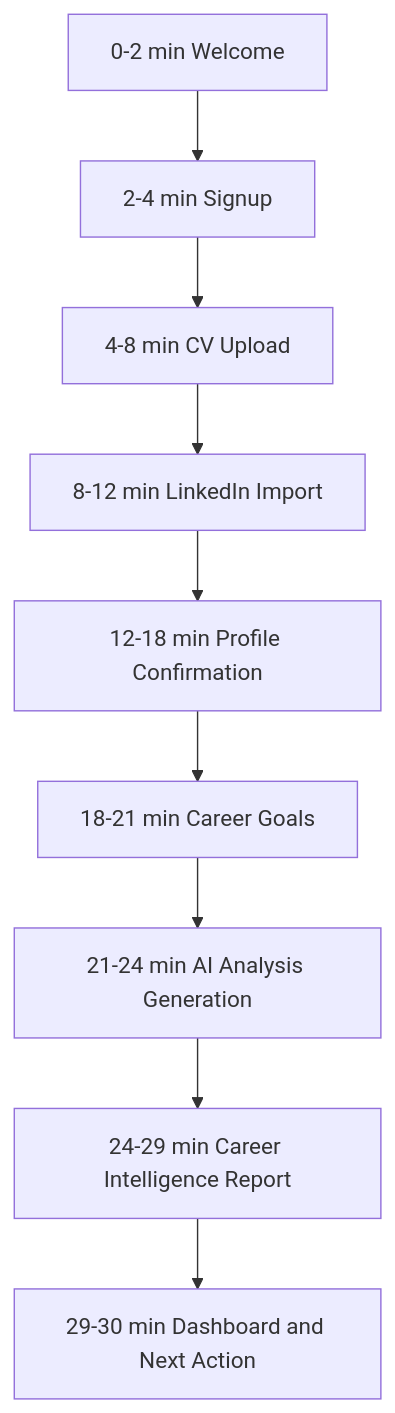
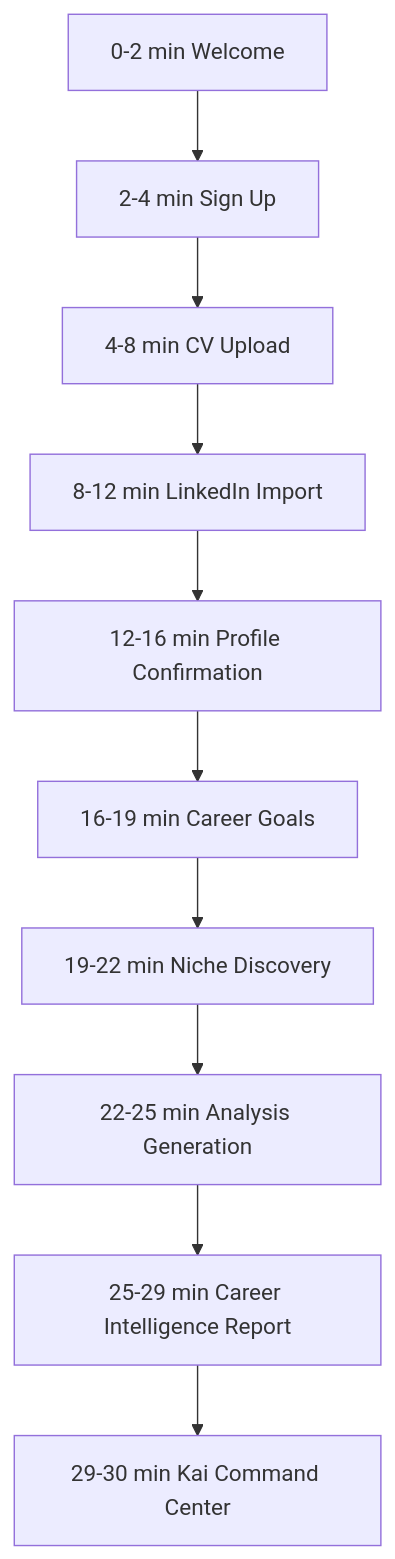
One commit to Mirzzie/Fadi changed the diagram in docs/FIRST_TIME_USER_EXPERIENCE.md. Above: the diagram before and after it, drawn with Mermaid. The commit also changed other lines of this file and 65 other files, not shown here.

First line of the commit message:
docs: update architecture docs for Better Auth, Kai, and data sources

````diff
--- a/docs/FIRST_TIME_USER_EXPERIENCE.md
+++ b/docs/FIRST_TIME_USER_EXPERIENCE.md
@@ -18,11 +18,12 @@
 ```mermaid
 flowchart TD
-    Welcome[0-2 min Welcome] --> Auth[2-4 min Signup]
+    Welcome[0-2 min Welcome] --> Auth[2-4 min Sign Up]
     Auth --> Resume[4-8 min CV Upload]
     Resume --> LinkedIn[8-12 min LinkedIn Import]
-    LinkedIn --> Manual[12-18 min Profile Confirmation]
-    Manual --> Goals[18-21 min Career Goals]
-    Goals --> Analysis[21-24 min AI Analysis Generation]
-    Analysis --> Report[24-29 min Career Intelligence Report]
-    Report --> Dashboard[29-30 min Dashboard and Next Action]
+    LinkedIn --> Manual[12-16 min Profile Confirmation]
+    Manual --> Goals[16-19 min Career Goals]
+    Goals --> Niche[19-22 min Niche Discovery]
+    Niche --> Analysis[22-25 min Analysis Generation]
+    Analysis --> Report[25-29 min Career Intelligence Report]
+    Report --> Dashboard[29-30 min Kai Command Center]
 ```
````
